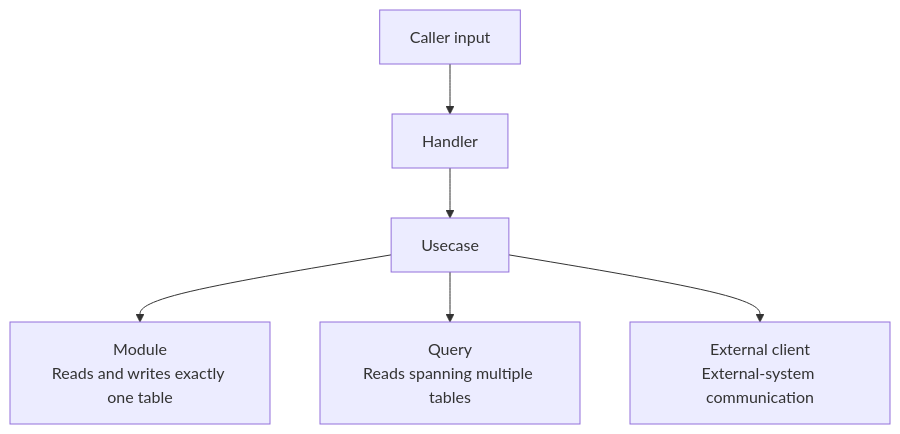
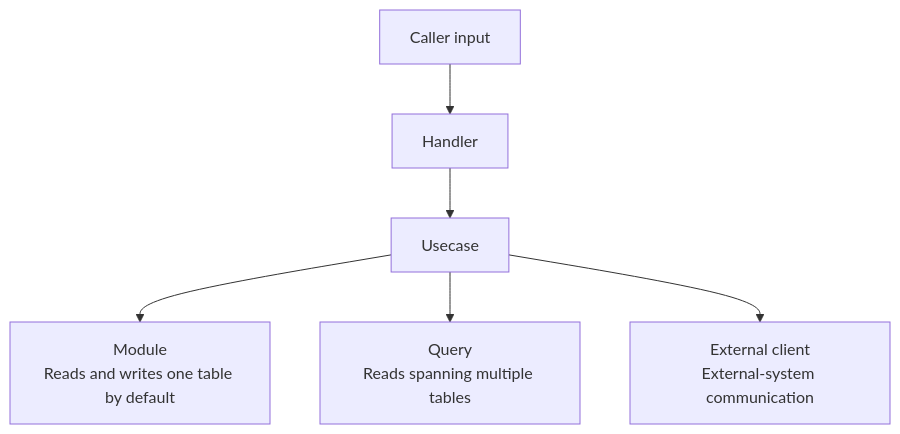
The diagram in docs/01-overview.md (kodaimura/humq), drawn with Mermaid before and after one commit. The commit also changed other lines of this file and 13 other files, not shown here.

````diff
--- a/docs/01-overview.md
+++ b/docs/01-overview.md
@@ -30,8 +30,8 @@
 ```mermaid
 flowchart TD
     input["Caller input"] --> handler["Handler"]
     handler --> usecase["Usecase"]
-    usecase --> module["Module<br>Reads and writes exactly one table"]
+    usecase --> module["Module<br>Reads and writes one table by default"]
     usecase --> query["Query<br>Reads spanning multiple tables"]
     usecase --> client["External client<br>External-system communication"]
 ```
````
